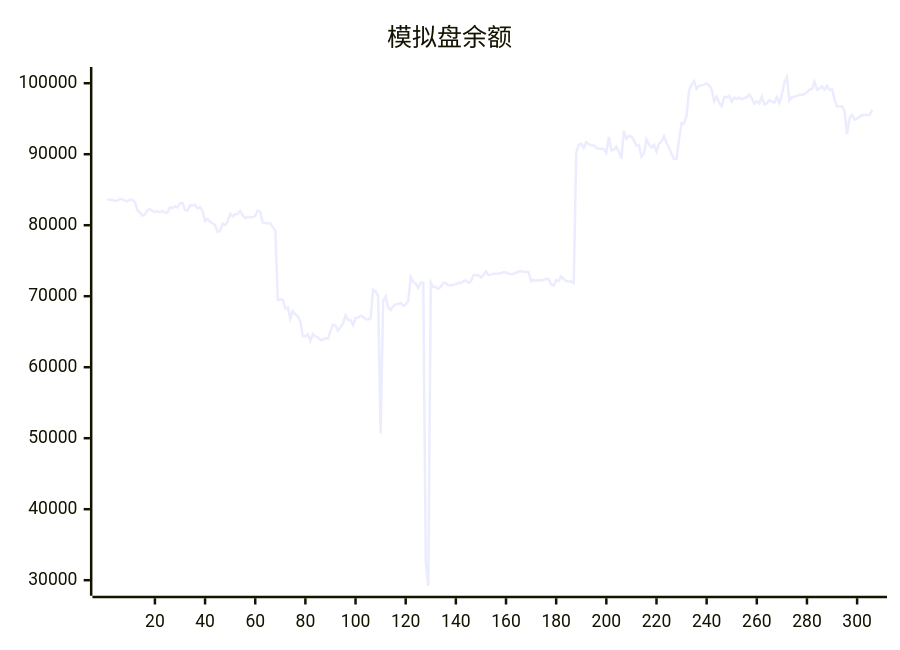
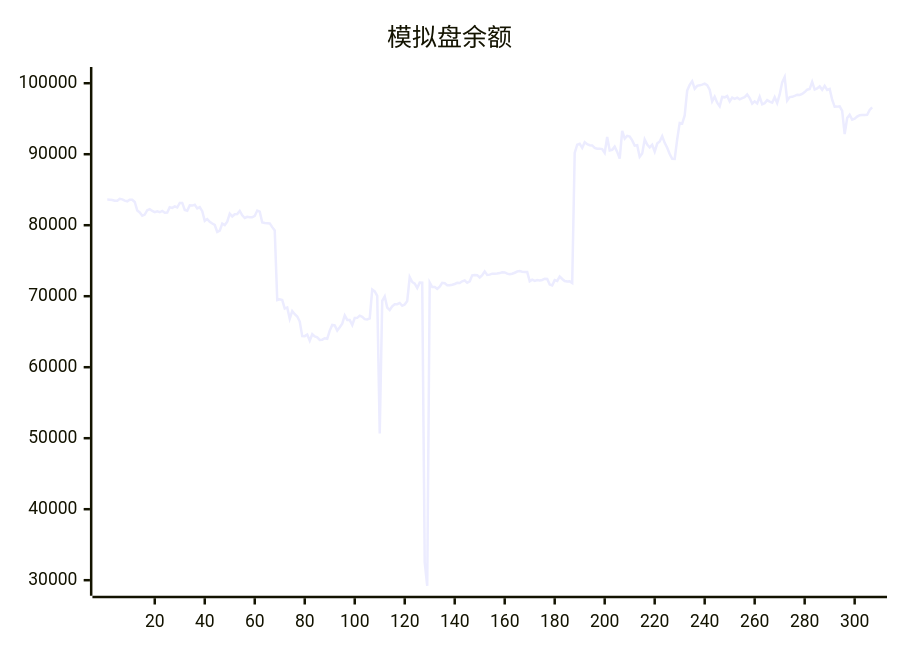
The diagram in README.md (aahl/ai-trading), drawn with Mermaid before and after one commit. The commit also changed other lines of this file and 1 other file, not shown here.

````diff
--- a/README.md
+++ b/README.md
@@ -5,5 +5,5 @@
 ```mermaid
 xychart
     title "模拟盘余额"
-    line [83606,83602,83548,83440,83454,83724,83644,83464,83365,83590,83592,83275,82072,81806,81344,81492,82109,82254,82006,81848,81955,81829,82022,81769,81776,82522,82441,82656,82498,83144,83144,82150,82038,82797,82763,82872,82367,82536,81981,80612,80862,80484,80242,80034,79063,79245,80226,80016,80507,81625,81233,81544,81578,82016,81401,81019,81186,81130,81118,81306,82066,81909,80392,80304,80291,80258,79729,79261,69466,69579,69456,68251,68415,66832,67911,67462,67144,66432,64380,64375,64606,63740,64647,64324,64216,63842,63877,64078,64008,65156,65945,65888,65157,65625,66144,67284,66653,66639,65924,66925,66956,67263,67108,66766,66729,66886,70927,70673,70049,50652,69334,69973,68400,68061,68578,68876,68879,69055,68662,68822,69329,72687,71999,71760,71162,71911,71896,32500,29218,71927,71297,71305,71044,71337,71883,71822,71536,71536,71622,71723,71880,71860,72100,72216,71887,72077,72940,72976,72966,72638,72948,73497,73004,73041,73173,73160,73186,73258,73375,73351,73173,73098,73161,73305,73474,73536,73457,73413,73412,72100,72333,72164,72272,72204,72285,72461,72421,71652,71521,72267,72157,72774,72424,72144,72060,72091,71858,90185,91338,91466,90900,91678,91404,91268,91244,90903,90779,90787,90721,90187,92429,90518,90619,91070,90328,89376,93286,92202,92581,92485,91947,91196,91259,89619,90086,92063,91355,90950,91327,90373,91498,91800,92531,91603,90910,90031,89351,89334,92097,94406,94315,95455,98972,99763,100286,99229,99622,99701,99805,99938,99738,99082,97430,98094,97267,96741,98081,98013,98194,97447,97983,97789,97969,97729,97911,98043,98405,97912,97120,97448,97154,98095,97021,97190,97616,97402,97263,98035,97210,98424,100120,100876,97552,98049,98085,98228,98388,98342,98488,98750,99086,99181,100188,99107,99272,99553,99072,99636,99061,99186,97674,96679,96704,96743,96096,92830,95088,95560,94866,94995,95295,95497,95531,95527,95559,96236]
+    line [83606,83602,83548,83440,83454,83724,83644,83464,83365,83590,83592,83275,82072,81806,81344,81492,82109,82254,82006,81848,81955,81829,82022,81769,81776,82522,82441,82656,82498,83144,83144,82150,82038,82797,82763,82872,82367,82536,81981,80612,80862,80484,80242,80034,79063,79245,80226,80016,80507,81625,81233,81544,81578,82016,81401,81019,81186,81130,81118,81306,82066,81909,80392,80304,80291,80258,79729,79261,69466,69579,69456,68251,68415,66832,67911,67462,67144,66432,64380,64375,64606,63740,64647,64324,64216,63842,63877,64078,64008,65156,65945,65888,65157,65625,66144,67284,66653,66639,65924,66925,66956,67263,67108,66766,66729,66886,70927,70673,70049,50652,69334,69973,68400,68061,68578,68876,68879,69055,68662,68822,69329,72687,71999,71760,71162,71911,71896,32500,29218,71927,71297,71305,71044,71337,71883,71822,71536,71536,71622,71723,71880,71860,72100,72216,71887,72077,72940,72976,72966,72638,72948,73497,73004,73041,73173,73160,73186,73258,73375,73351,73173,73098,73161,73305,73474,73536,73457,73413,73412,72100,72333,72164,72272,72204,72285,72461,72421,71652,71521,72267,72157,72774,72424,72144,72060,72091,71858,90185,91338,91466,90900,91678,91404,91268,91244,90903,90779,90787,90721,90187,92429,90518,90619,91070,90328,89376,93286,92202,92581,92485,91947,91196,91259,89619,90086,92063,91355,90950,91327,90373,91498,91800,92531,91603,90910,90031,89351,89334,92097,94406,94315,95455,98972,99763,100286,99229,99622,99701,99805,99938,99738,99082,97430,98094,97267,96741,98081,98013,98194,97447,97983,97789,97969,97729,97911,98043,98405,97912,97120,97448,97154,98095,97021,97190,97616,97402,97263,98035,97210,98424,100120,100876,97552,98049,98085,98228,98388,98342,98488,98750,99086,99181,100188,99107,99272,99553,99072,99636,99061,99186,97674,96679,96704,96743,96096,92830,95088,95560,94866,94995,95295,95497,95531,95527,95559,96236,96597]
 ```
````
